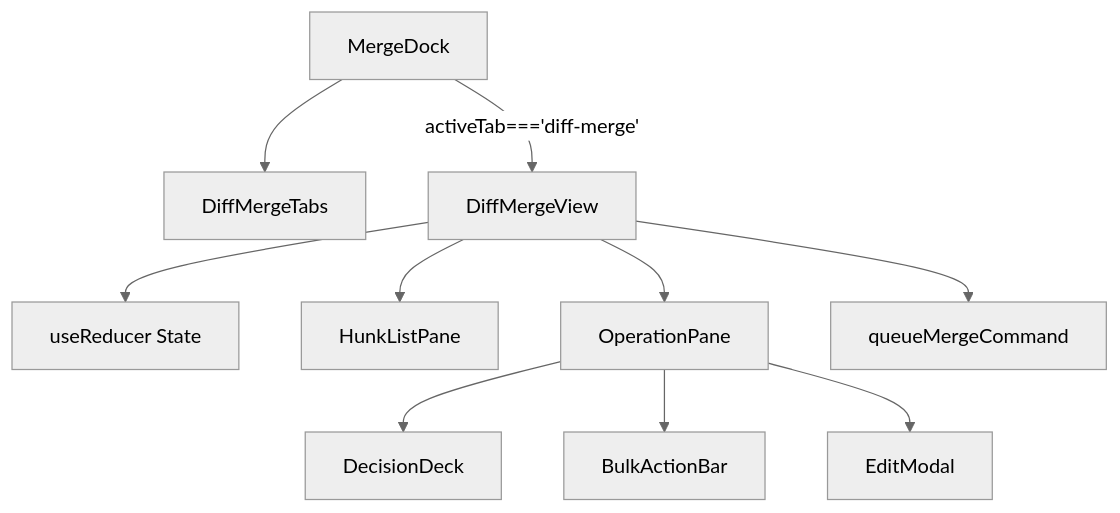
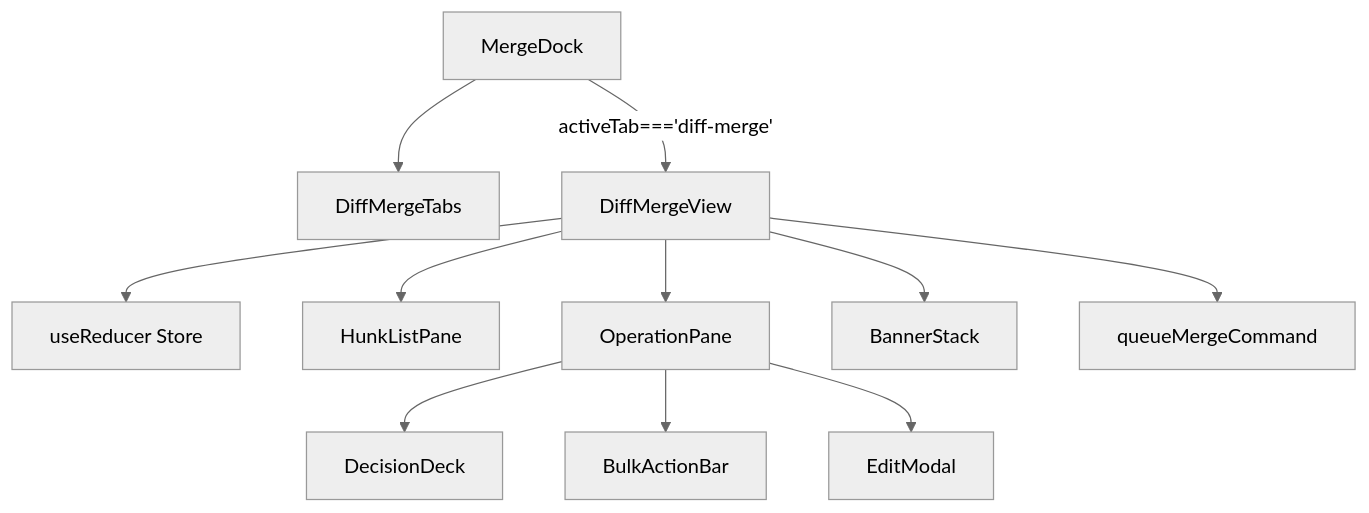
One commit to RNA4219/Conimgponic changed the first of 3 diagrams in docs/design/merge/diff-merge-view.md. Above: the diagram before and after it, drawn with Mermaid (neutral theme). The commit also changed other lines of this file and 1 other file, not shown here.

Commit message:
docs: DiffMergeView precision integration

````diff
--- a/docs/design/merge/diff-merge-view.md
+++ b/docs/design/merge/diff-merge-view.md
@@ -12,12 +42,13 @@
 ```mermaid
 flowchart TD
     MergeDock --> DiffMergeTabs
     MergeDock -->|activeTab==='diff-merge'| DiffMergeView
-    DiffMergeView --> StateController[useReducer State]
+    DiffMergeView --> StateController[useReducer Store]
     DiffMergeView --> HunkListPane
     DiffMergeView --> OperationPane
+    DiffMergeView --> BannerStack
     OperationPane --> DecisionDeck
     OperationPane --> BulkActionBar
     OperationPane --> EditModal
     DiffMergeView --> TelemetryBridge[queueMergeCommand]
 ```
````
